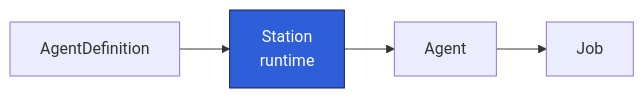
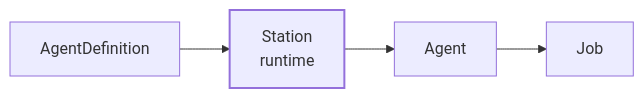
Before and after one commit to re-cinq/ai-agent-subsystem: the diagram in website/src/content/docs/concepts/station.md, drawn with Mermaid. The commit also changed 7 other files, not shown here.

First line of the commit message:
docs(website): match re-cinq.com code blocks and diagrams

````diff
--- a/website/src/content/docs/concepts/station.md
+++ b/website/src/content/docs/concepts/station.md
@@ -10,6 +10,6 @@
 ```mermaid
 flowchart LR
     AD["AgentDefinition"] --> ST["Station<br/>runtime"]:::hi --> AG["Agent"] --> JB["Job"]
-    classDef hi fill:#2f5fd8,color:#fff,stroke:#16224f;
+    classDef hi stroke-width:2px;
     class ST hi
 ```
````
